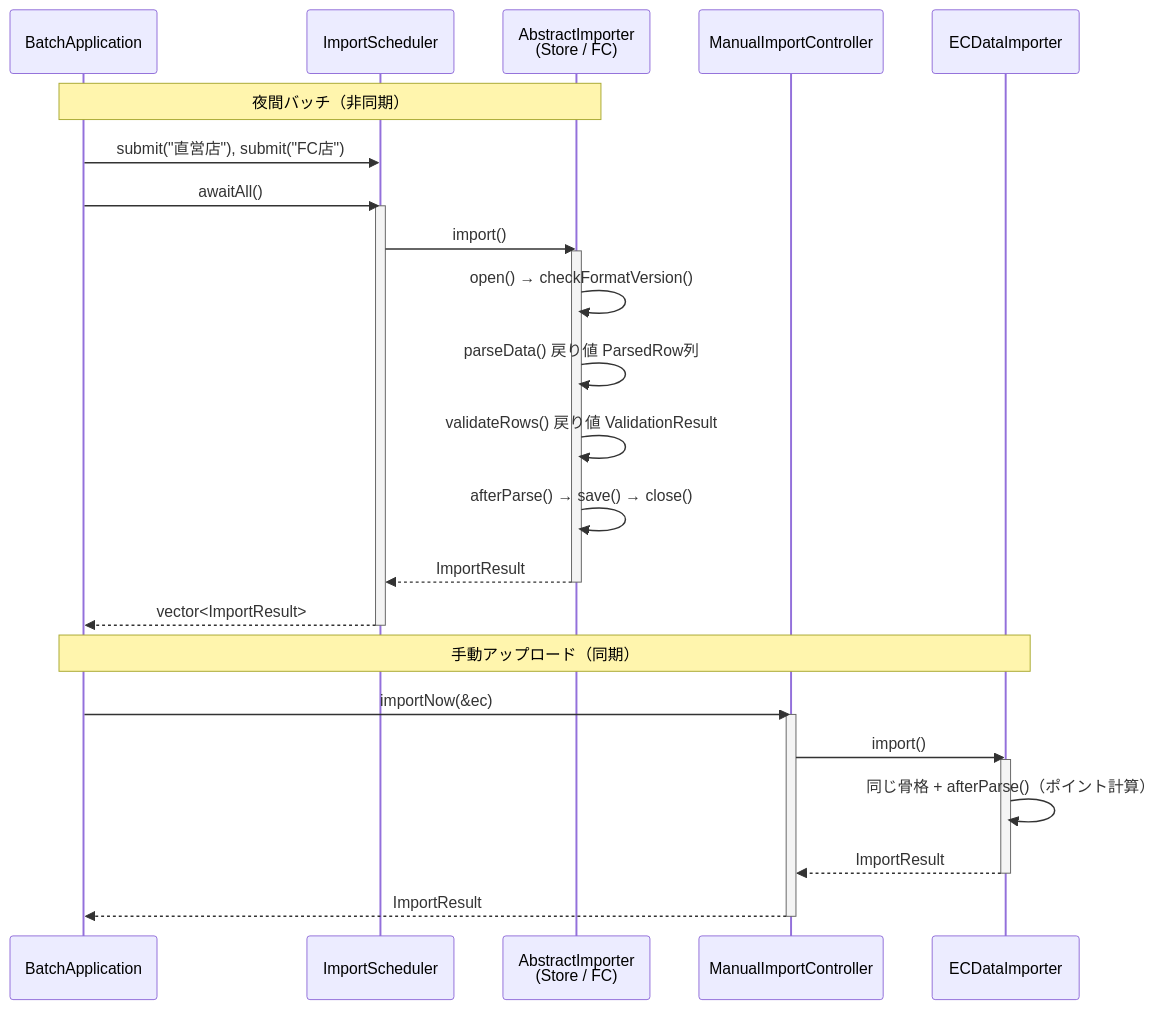
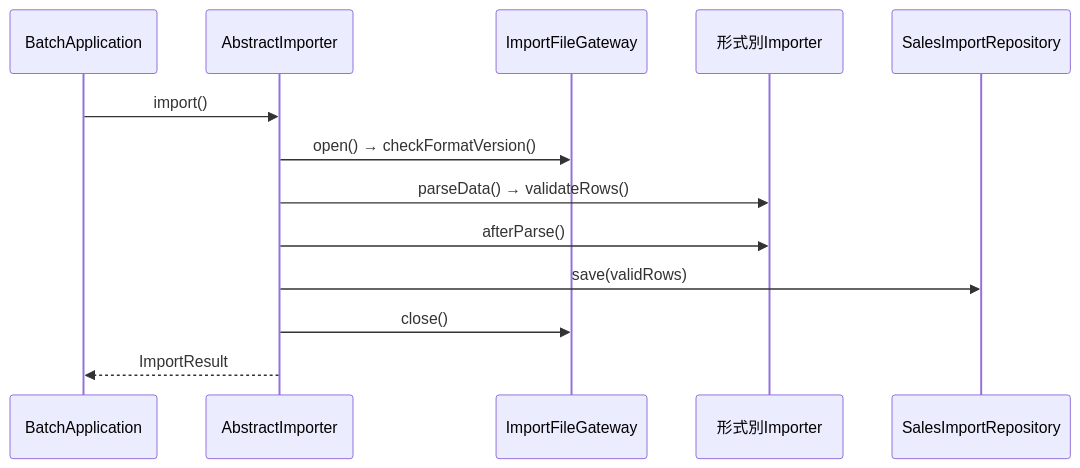
The tenth of 15 diagrams in kindle/design-patterns/output/chapter04.md (kumachan1101-pixel/DesignPattern), drawn with Mermaid before and after one commit. The commit also changed other lines of this file and 23 other files, not shown here.

````diff
--- a/kindle/design-patterns/output/chapter04.md
+++ b/kindle/design-patterns/output/chapter04.md
@@ -1909,34 +1430,15 @@
 ```mermaid
 sequenceDiagram
-    participant B as BatchApplication
-    participant SC as ImportScheduler
-    participant AI as AbstractImporter<br/>(Store / FC)
-    participant MC as ManualImportController
-    participant EC as ECDataImporter
-
-    Note over B,AI: 夜間バッチ（非同期）
-    B->>SC: submit("直営店"), submit("FC店")
-    B->>SC: awaitAll()
-    activate SC
-    SC->>AI: import()
-    activate AI
-    AI->>AI: open() → checkFormatVersion()
-    AI->>AI: parseData() 戻り値 ParsedRow列
-    AI->>AI: validateRows() 戻り値 ValidationResult
-    AI->>AI: afterParse() → save() → close()
-    AI-->>SC: ImportResult
-    deactivate AI
-    SC-->>B: vector<ImportResult>
-    deactivate SC
-
-    Note over B,EC: 手動アップロード（同期）
-    B->>MC: importNow(&ec)
-    activate MC
-    MC->>EC: import()
-    activate EC
-    EC->>EC: 同じ骨格 + afterParse()（ポイント計算）
-    EC-->>MC: ImportResult
-    deactivate EC
-    MC-->>B: ImportResult
-    deactivate MC
+    participant A as BatchApplication
+    participant I as AbstractImporter
+    participant G as ImportFileGateway
+    participant C as 形式別Importer
+    participant R as SalesImportRepository
+    A->>I: import()
+    I->>G: open() → checkFormatVersion()
+    I->>C: parseData() → validateRows()
+    I->>C: afterParse()
+    I->>R: save(validRows)
+    I->>G: close()
+    I-->>A: ImportResult
 ```
````
